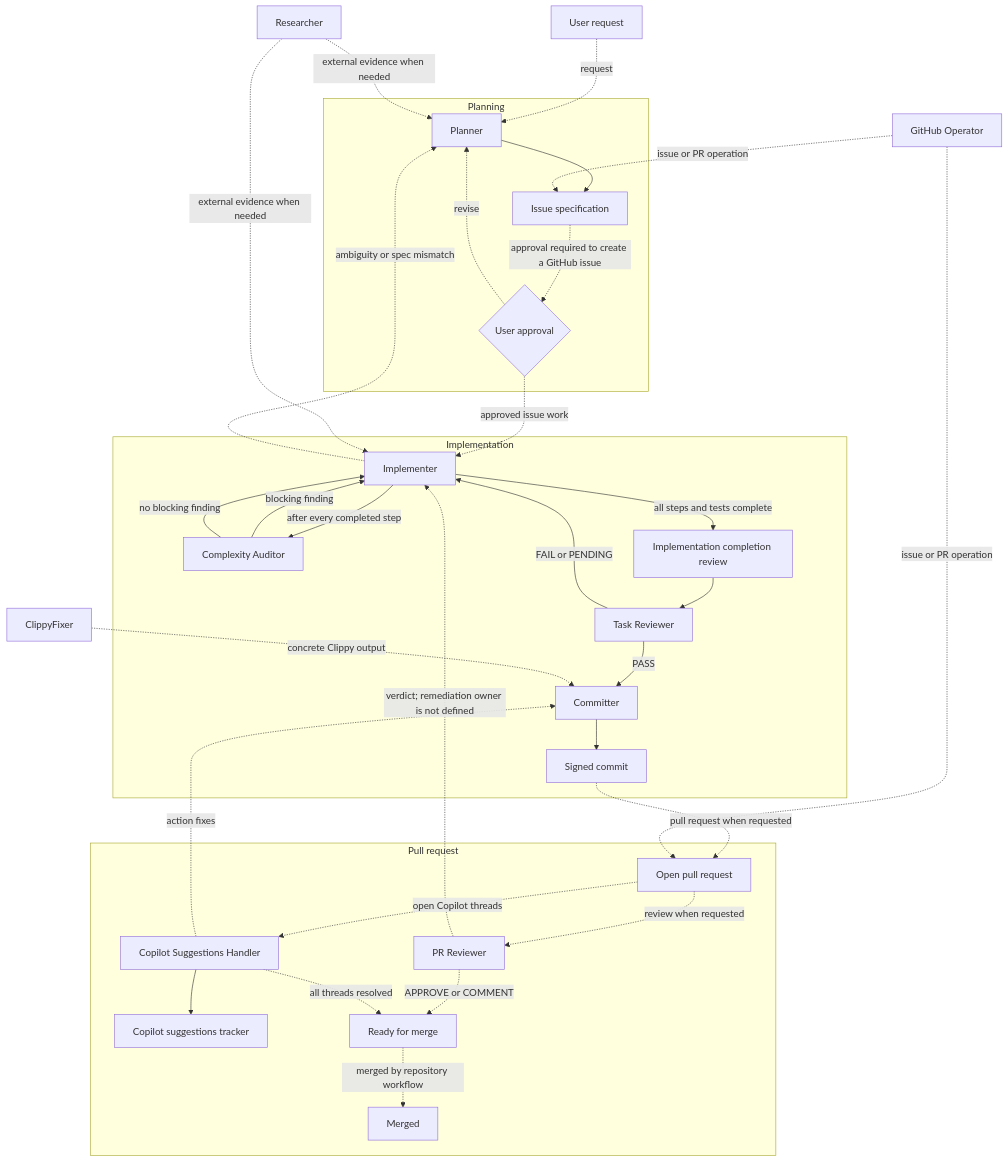
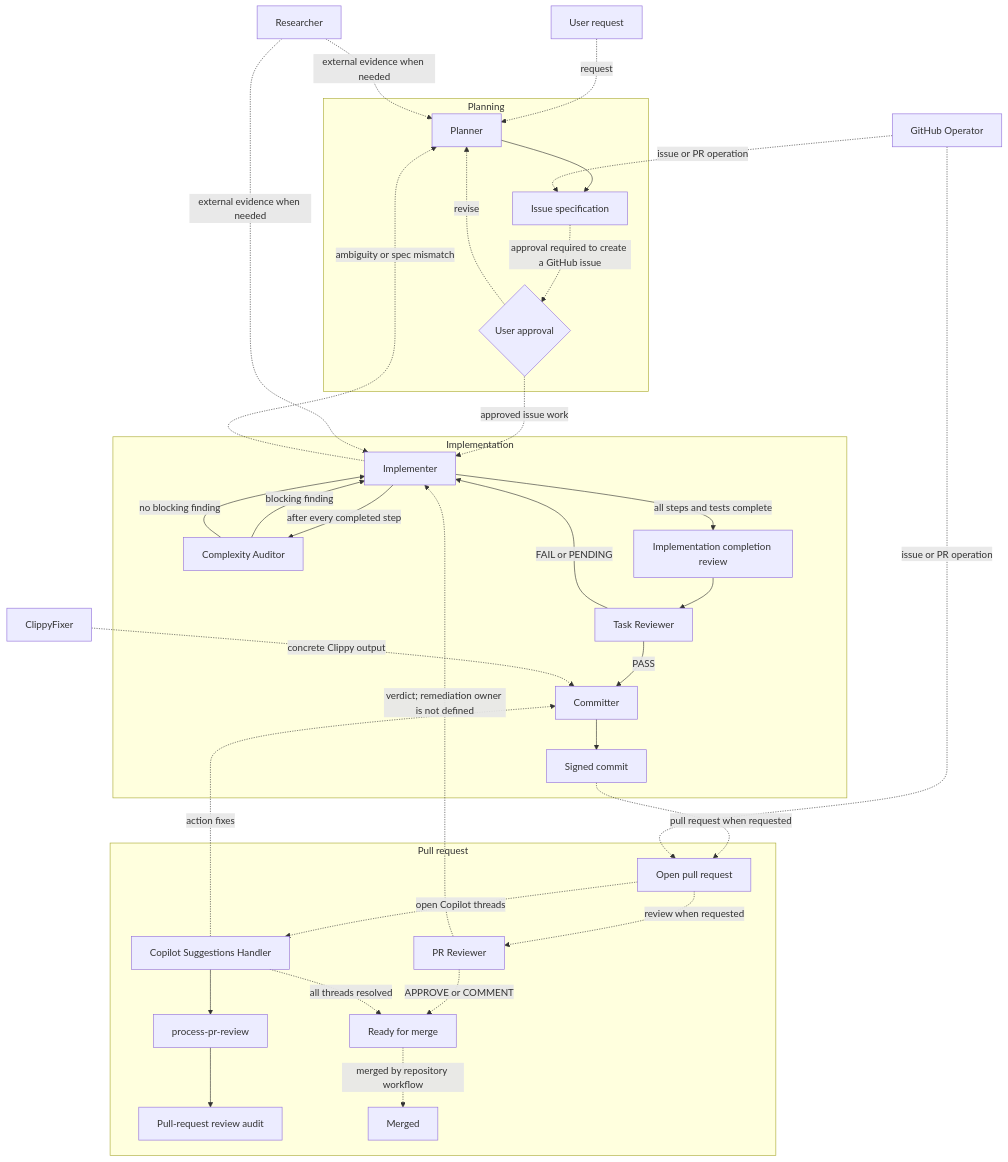
One commit to torrust/torrust-tracker changed the first of 3 diagrams in docs/agents/orchestration.md. Above: the diagram before and after it, drawn with Mermaid. The commit also changed other lines of this file and 9 other files, not shown here.

````diff
--- a/docs/agents/orchestration.md
+++ b/docs/agents/orchestration.md
@@ -29,58 +29,60 @@
 ```mermaid
 flowchart TD
   user_request[User request]
 
   subgraph planning_phase[Planning]
     planner[Planner]
     issue_spec[Issue specification]
     approval{User approval}
   end
 
   subgraph implementation_phase[Implementation]
     implementer[Implementer]
     complexity_auditor[Complexity Auditor]
     completion_review[Implementation completion review]
     task_reviewer[Task Reviewer]
     committer[Committer]
     signed_commit[Signed commit]
   end
 
   subgraph pull_request_phase[Pull request]
     pull_request[Open pull request]
     pr_reviewer[PR Reviewer]
     suggestions_handler[Copilot Suggestions Handler]
-    suggestions_tracker[Copilot suggestions tracker]
+    process_pr_review[process-pr-review]
+    pr_review_audit[Pull-request review audit]
     merge_ready[Ready for merge]
     merged[Merged]
   end
 
   user_request -. request .-> planner
   planner --> issue_spec
   issue_spec -. approval required to create a GitHub issue .-> approval
   approval -. revise .-> planner
   approval -. approved issue work .-> implementer
   implementer -->|after every completed step| complexity_auditor
   complexity_auditor -->|blocking finding| implementer
   complexity_auditor -->|no blocking finding| implementer
   implementer -->|all steps and tests complete| completion_review
   completion_review --> task_reviewer
   task_reviewer -->|FAIL or PENDING| implementer
   task_reviewer -->|PASS| committer
   committer --> signed_commit
   signed_commit -. pull request when requested .-> pull_request
   pull_request -. review when requested .-> pr_reviewer
   pr_reviewer -. verdict; remediation owner is not defined .-> implementer
   pr_reviewer -. APPROVE or COMMENT .-> merge_ready
   pull_request -. open Copilot threads .-> suggestions_handler
-  suggestions_handler --> suggestions_tracker
+  suggestions_handler --> process_pr_review
+  process_pr_review --> pr_review_audit
   suggestions_handler -. action fixes .-> committer
   suggestions_handler -. all threads resolved .-> merge_ready
   merge_ready -. merged by repository workflow .-> merged
 
   researcher[Researcher] -. external evidence when needed .-> planner
   researcher -. external evidence when needed .-> implementer
   implementer -. ambiguity or spec mismatch .-> planner
   github_operator[GitHub Operator] -. issue or PR operation .-> issue_spec
   github_operator -. issue or PR operation .-> pull_request
   clippy_fixer[ClippyFixer] -. concrete Clippy output .-> committer
 ```
````
